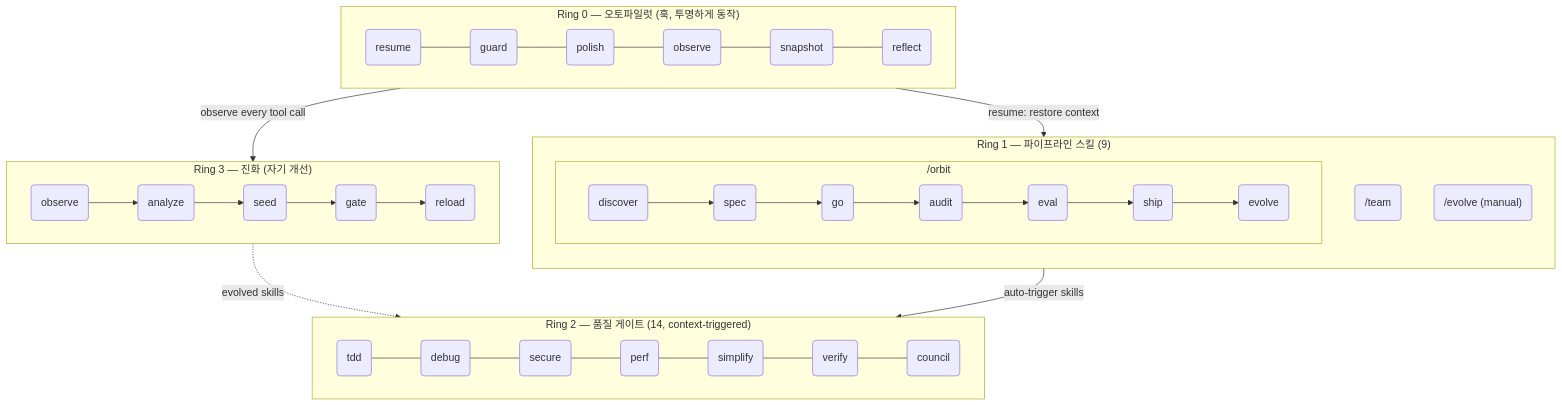
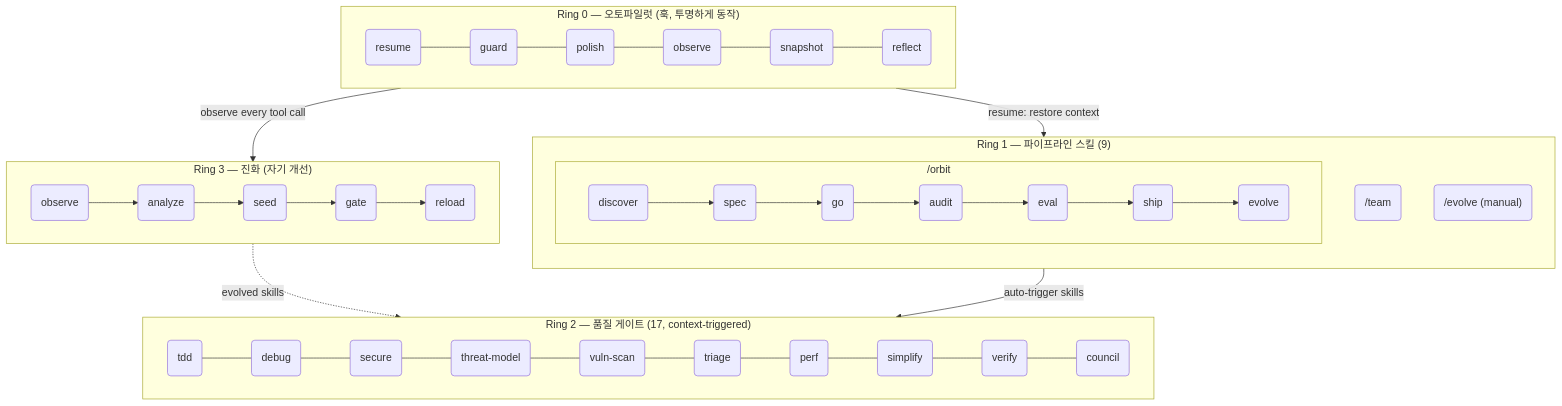
Before and after one commit to epicsagas/epic-harness: the second of 2 diagrams in i18n/ko/README.md, drawn with Mermaid. The commit also changed other lines of this file and 11 other files, not shown here.

````diff
--- a/i18n/ko/README.md
+++ b/i18n/ko/README.md
@@ -437,32 +448,32 @@
 ```mermaid
 flowchart TB
     subgraph R0["Ring 0 — 오토파일럿 (훅, 투명하게 동작)"]
         direction LR
         h1(resume) --- h2(guard) --- h3(polish) --- h4(observe) --- h5(snapshot) --- h6(reflect)
     end
 
     subgraph R1["Ring 1 — 파이프라인 스킬 (9)"]
         direction TB
         subgraph orbit_wrap["  /orbit  "]
             direction LR
             c1("discover") --> c2("spec") --> c3("go") --> c4("audit") --> c4b("eval") --> c5("ship") --> c6("evolve")
         end
         c7("/team")
         c8("/evolve (manual)")
     end
 
-    subgraph R2["Ring 2 — 품질 게이트 (14, context-triggered)"]
+    subgraph R2["Ring 2 — 품질 게이트 (17, context-triggered)"]
         direction LR
-        s1(tdd) --- s2(debug) --- s3(secure) --- s4(perf) --- s5(simplify) --- s6(verify) --- s7(council)
+        s1(tdd) --- s2(debug) --- s3(secure) --- s3b(threat-model) --- s3c(vuln-scan) --- s3d(triage) --- s4(perf) --- s5(simplify) --- s6(verify) --- s7(council)
     end
 
     subgraph R3["Ring 3 — 진화 (자기 개선)"]
         direction LR
         e1(observe) --> e2(analyze) --> e3(seed) --> e4(gate) --> e5(reload)
     end
 
     R0 -->|"observe every tool call"| R3
     R3 -.->|"evolved skills"| R2
     R1 -->|"auto-trigger skills"| R2
     R0 -->|"resume: restore context"| R1
 ```
````
